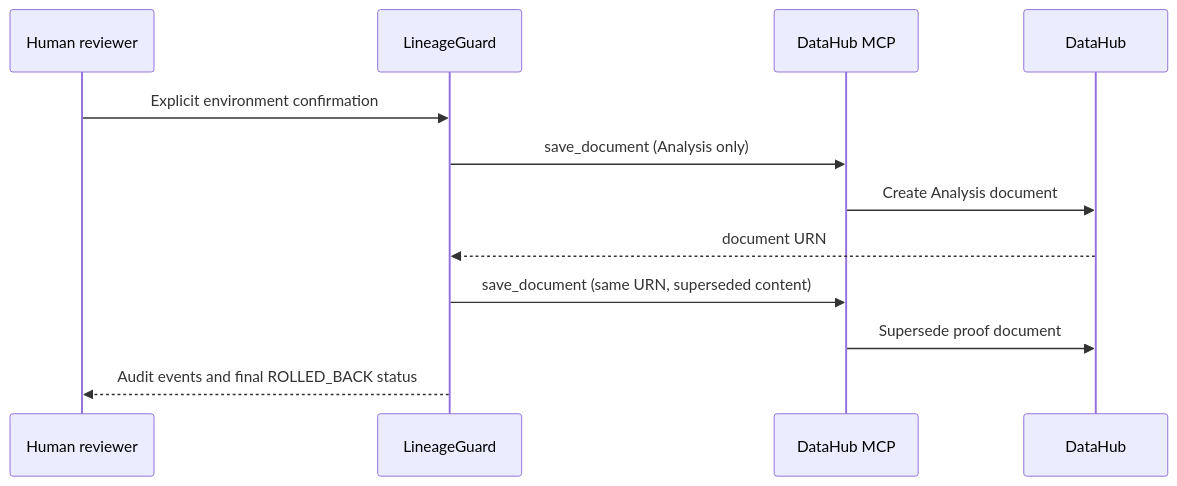
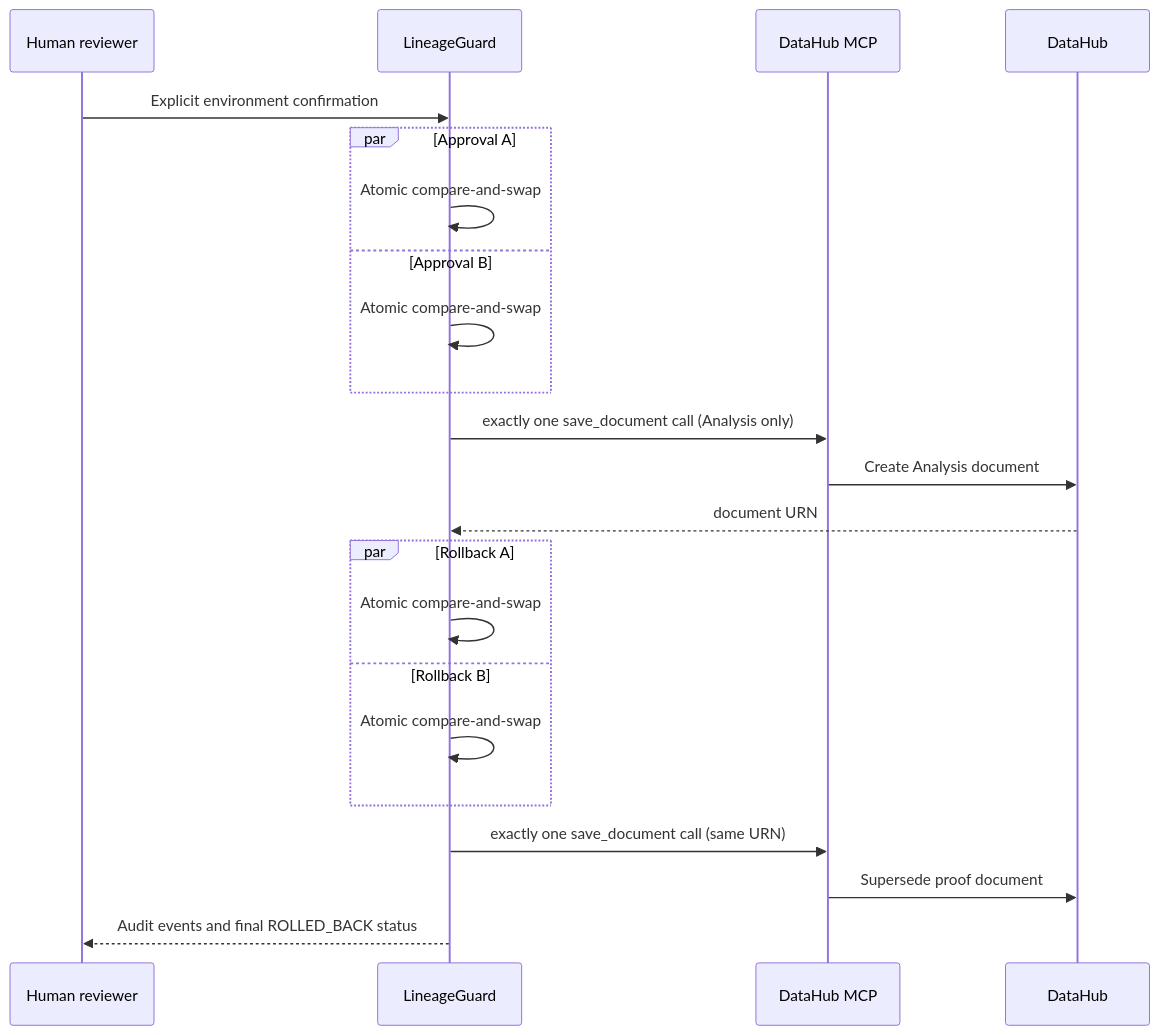
The diagram in docs/live-writeback-proof.md (omarfh111/LineageGuard-AI), drawn with Mermaid before and after one commit. The commit also changed other lines of this file and 14 other files, not shown here.

````diff
--- a/docs/live-writeback-proof.md
+++ b/docs/live-writeback-proof.md
@@ -11,14 +11,24 @@
 ```mermaid
 sequenceDiagram
   participant H as Human reviewer
   participant L as LineageGuard
   participant M as DataHub MCP
   participant D as DataHub
   H->>L: Explicit environment confirmation
-  L->>M: save_document (Analysis only)
+  par Approval A
+    L->>L: Atomic compare-and-swap
+  and Approval B
+    L->>L: Atomic compare-and-swap
+  end
+  L->>M: exactly one save_document call (Analysis only)
   M->>D: Create Analysis document
   D-->>L: document URN
-  L->>M: save_document (same URN, superseded content)
+  par Rollback A
+    L->>L: Atomic compare-and-swap
+  and Rollback B
+    L->>L: Atomic compare-and-swap
+  end
+  L->>M: exactly one save_document call (same URN)
   M->>D: Supersede proof document
   L-->>H: Audit events and final ROLLED_BACK status
 ```
````
